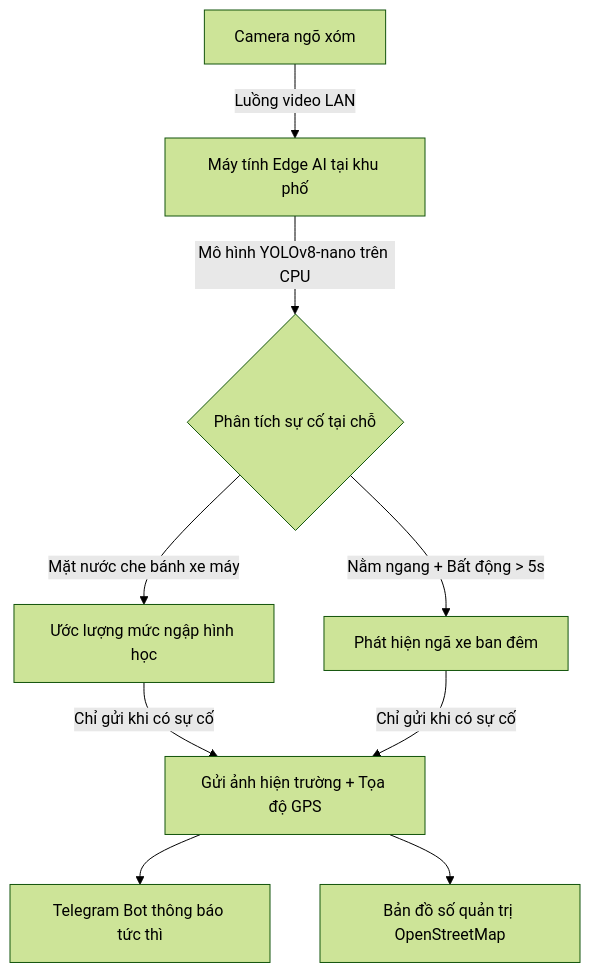
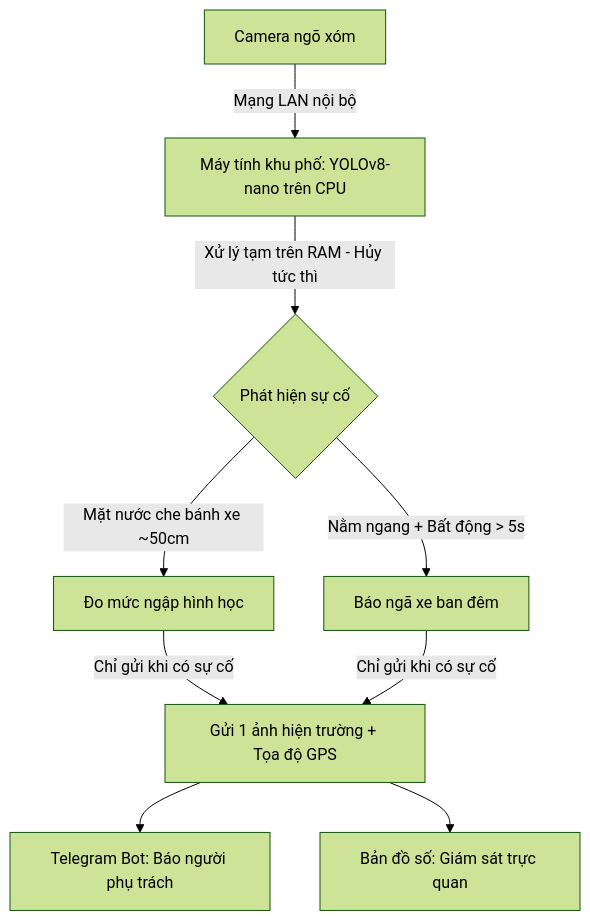
The diagram in docs/TOM_TAT_SAN_PHAM.md (nphat-code/sgu-hackathon-2026-ai), drawn with Mermaid (forest theme) before and after one commit. The commit also changed other lines of this file, not shown here.

Commit message:
docs: cô đọng nội dung tóm tắt sản phẩm UrbanShield Lite

````diff
--- a/docs/TOM_TAT_SAN_PHAM.md
+++ b/docs/TOM_TAT_SAN_PHAM.md
@@ -36,11 +23,11 @@
 ```mermaid
 graph TD
-    A[Camera ngõ xóm] -->|Luồng video LAN| B[Máy tính Edge AI tại khu phố]
-    B -->|Mô hình YOLOv8-nano trên CPU| C{Phân tích sự cố tại chỗ}
-    C -->|Mặt nước che bánh xe máy| D[Ước lượng mức ngập hình học]
-    C -->|Nằm ngang + Bất động > 5s| E[Phát hiện ngã xe ban đêm]
-    D -->|Chỉ gửi khi có sự cố| F[Gửi ảnh hiện trường + Tọa độ GPS]
+    A[Camera ngõ xóm] -->|Mạng LAN nội bộ| B[Máy tính khu phố: YOLOv8-nano trên CPU]
+    B -->|Xử lý tạm trên RAM - Hủy tức thì| C{Phát hiện sự cố}
+    C -->|Mặt nước che bánh xe ~50cm| D[Đo mức ngập hình học]
+    C -->|Nằm ngang + Bất động > 5s| E[Báo ngã xe ban đêm]
+    D -->|Chỉ gửi khi có sự cố| F[Gửi 1 ảnh hiện trường + Tọa độ GPS]
     E -->|Chỉ gửi khi có sự cố| F
-    F --> G[Telegram Bot thông báo tức thì]
-    F --> H[Bản đồ số quản trị OpenStreetMap]
+    F --> G[Telegram Bot: Báo người phụ trách]
+    F --> H[Bản đồ số: Giám sát trực quan]
 ```
````
